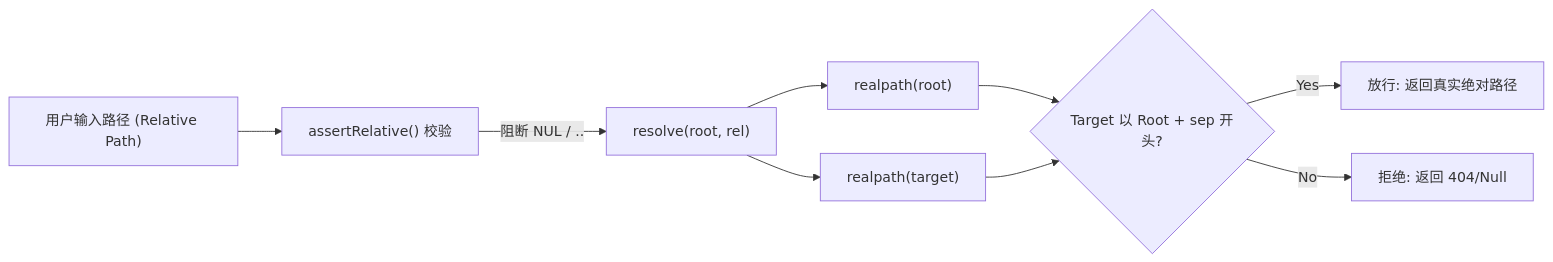
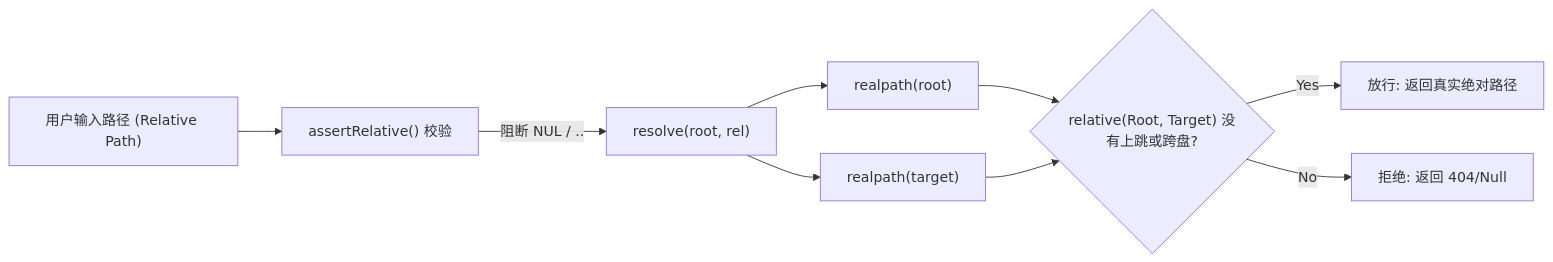
Before and after one commit to lsjspl/dsh-reel: the first of 3 diagrams in doc/DSH Reel 架构与技术实现规范文档 .md, drawn with Mermaid. The commit also changed other lines of this file and 29 other files, not shown here.

````diff
--- a/doc/DSH Reel 架构与技术实现规范文档 .md
+++ b/doc/DSH Reel 架构与技术实现规范文档 .md
@@ -118,10 +118,10 @@
 ```mermaid
 flowchart LR
     UserInput["用户输入路径 (Relative Path)"] --> AssertRel["assertRelative() 校验"]
     AssertRel -->|阻断 NUL / ..| Resolve["resolve(root, rel)"]
     Resolve --> RealpathRoot["realpath(root)"]
     Resolve --> RealpathTarget["realpath(target)"]
-    RealpathRoot & RealpathTarget --> Contains{"Target 以 Root + sep 开头?"}
+    RealpathRoot & RealpathTarget --> Contains{"relative(Root, Target) 没有上跳或跨盘?"}
     Contains -->|Yes| Allowed["放行: 返回真实绝对路径"]
     Contains -->|No| Blocked["拒绝: 返回 404/Null"]
 ```
````
